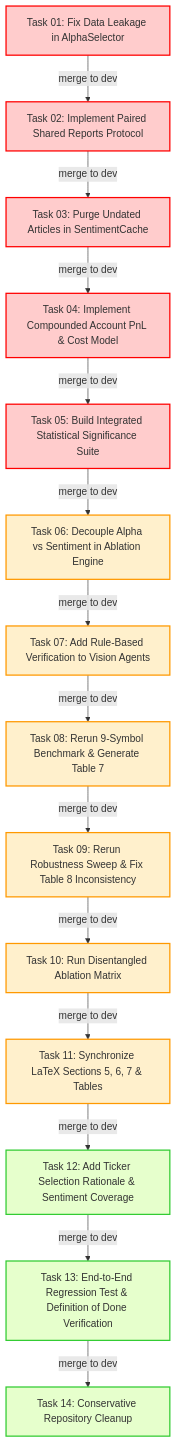
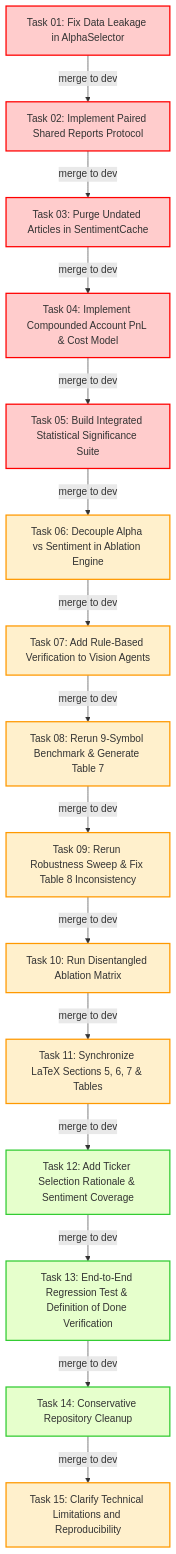
One commit to DungPhanHoangg05/A-Multi-Agent-Large-Language-Model-Approach-to-Price-Driven-Stock-Trading-in-the-Vietnamese-Stock-Ma changed the diagram in plan/FINAL_COMPLETION_PLAN.md. Above: the diagram before and after it, drawn with Mermaid. The commit also changed other lines of this file and 10 other files, not shown here.

Commit message:
docs: TASK-15 clarify technical limitations

````diff
--- a/plan/FINAL_COMPLETION_PLAN.md
+++ b/plan/FINAL_COMPLETION_PLAN.md
@@ -94,20 +96,21 @@
 ```mermaid
 graph TD
     classDef p0 fill:#ffcccc,stroke:#ff0000,stroke-width:2px;
     classDef p1 fill:#fff0cc,stroke:#ff9900,stroke-width:2px;
     classDef p2 fill:#e6ffcc,stroke:#33cc33,stroke-width:2px;
 
     T01[Task 01: Fix Data Leakage in AlphaSelector]:::p0 -->|merge to dev| T02[Task 02: Implement Paired Shared Reports Protocol]:::p0
     T02 -->|merge to dev| T03[Task 03: Purge Undated Articles in SentimentCache]:::p0
     T03 -->|merge to dev| T04[Task 04: Implement Compounded Account PnL & Cost Model]:::p0
     T04 -->|merge to dev| T05[Task 05: Build Integrated Statistical Significance Suite]:::p0
     T05 -->|merge to dev| T06[Task 06: Decouple Alpha vs Sentiment in Ablation Engine]:::p1
     T06 -->|merge to dev| T07[Task 07: Add Rule-Based Verification to Vision Agents]:::p1
     T07 -->|merge to dev| T08[Task 08: Rerun 9-Symbol Benchmark & Generate Table 7]:::p1
     T08 -->|merge to dev| T09[Task 09: Rerun Robustness Sweep & Fix Table 8 Inconsistency]:::p1
     T09 -->|merge to dev| T10[Task 10: Run Disentangled Ablation Matrix]:::p1
     T10 -->|merge to dev| T11[Task 11: Synchronize LaTeX Sections 5, 6, 7 & Tables]:::p1
     T11 -->|merge to dev| T12[Task 12: Add Ticker Selection Rationale & Sentiment Coverage]:::p2
     T12 -->|merge to dev| T13[Task 13: End-to-End Regression Test & Definition of Done Verification]:::p2
     T13 -->|merge to dev| T14[Task 14: Conservative Repository Cleanup]:::p2
+    T14 -->|merge to dev| T15[Task 15: Clarify Technical Limitations and Reproducibility]:::p1
 ```
````
